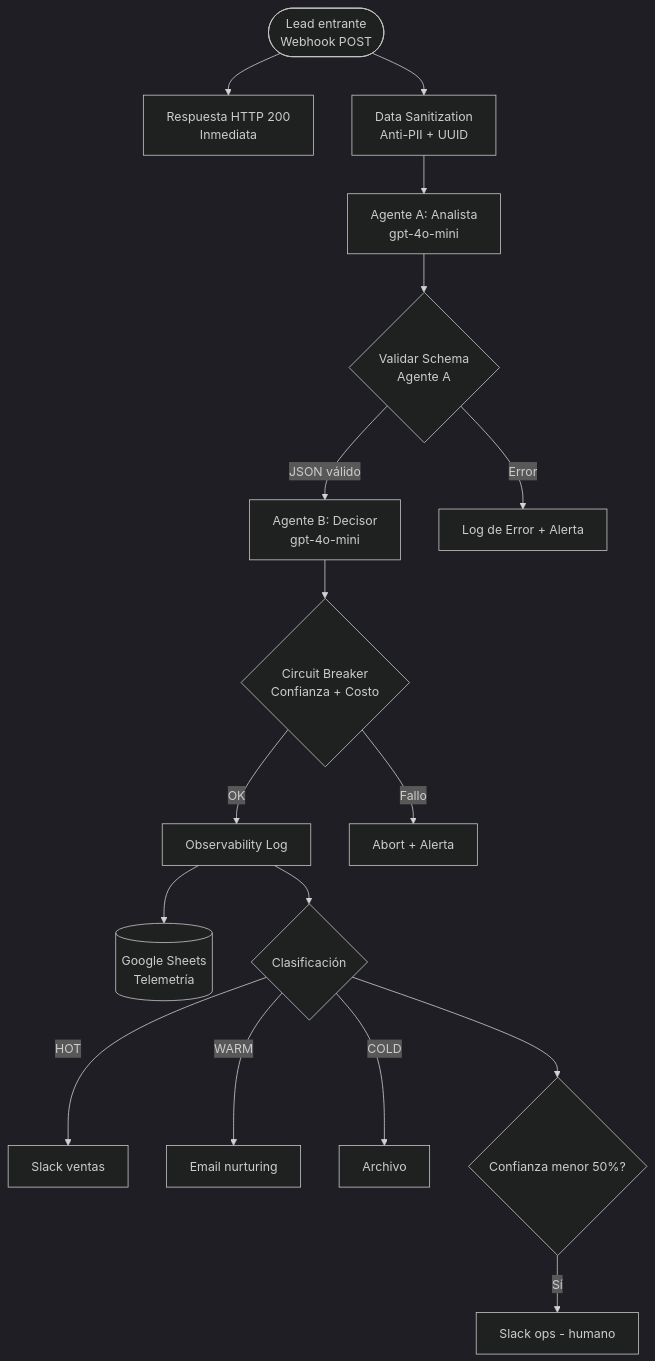
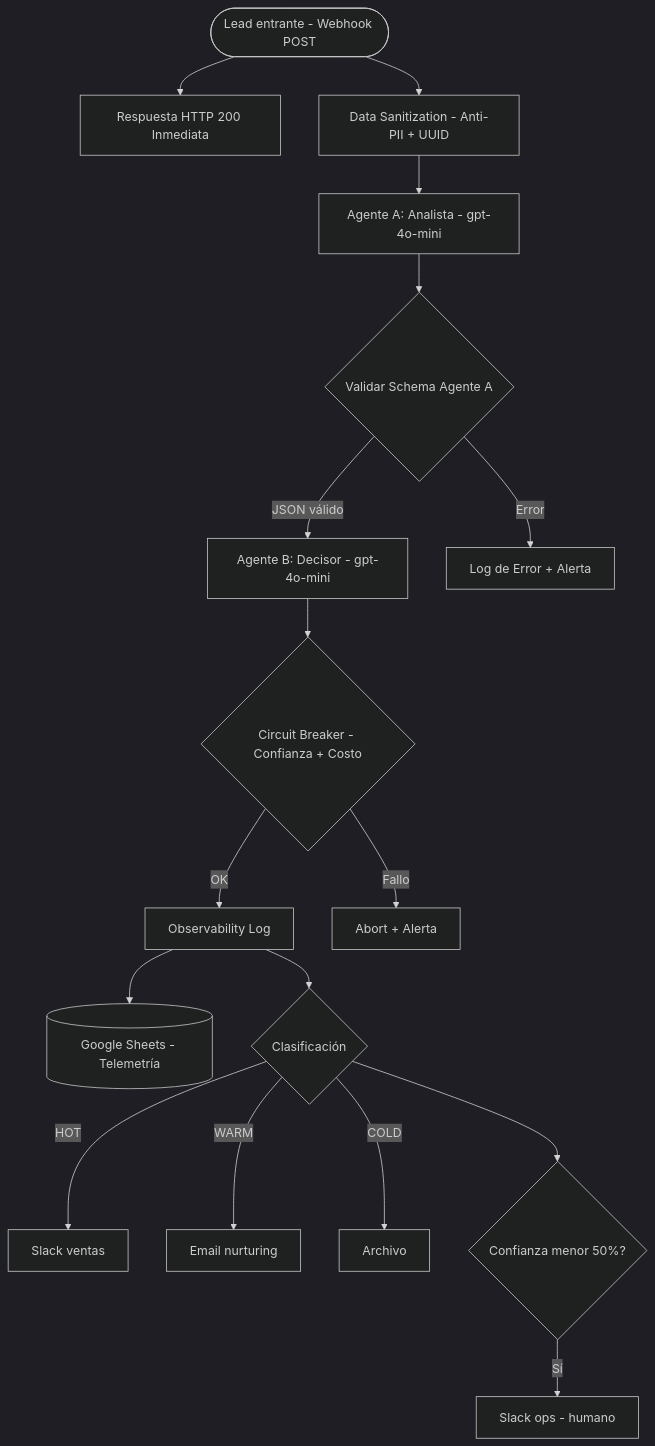
One commit to belenguarnieri/lead-qualification-agent changed the diagram in docs/architecture.md. Above: the diagram before and after it, drawn with Mermaid (dark theme). The commit also changed other lines of this file, not shown here.

````diff
--- a/docs/architecture.md
+++ b/docs/architecture.md
@@ -5,19 +5,19 @@
 ```mermaid
 flowchart TD
-    A([Lead entrante\nWebhook POST]) --> B[Respuesta HTTP 200\nInmediata]
-    A --> C[Data Sanitization\nAnti-PII + UUID]
-    C --> D[Agente A: Analista\ngpt-4o-mini]
-    D --> E{Validar Schema\nAgente A}
-    E -->|JSON válido| F[Agente B: Decisor\ngpt-4o-mini]
+    A([Lead entrante - Webhook POST]) --> B[Respuesta HTTP 200 Inmediata]
+    A --> C[Data Sanitization - Anti-PII + UUID]
+    C --> D[Agente A: Analista - gpt-4o-mini]
+    D --> E{Validar Schema Agente A}
+    E -->|JSON válido| F[Agente B: Decisor - gpt-4o-mini]
     E -->|Error| ERR1[Log de Error + Alerta]
-    F --> G{Circuit Breaker\nConfianza + Costo}
+    F --> G{Circuit Breaker - Confianza + Costo}
     G -->|OK| H[Observability Log]
     G -->|Fallo| ERR2[Abort + Alerta]
-    H --> I[(Google Sheets\nTelemetría)]
+    H --> I[(Google Sheets - Telemetría)]
     H --> J{Clasificación}
     J -->|HOT| K[Slack ventas]
     J -->|WARM| L[Email nurturing]
     J -->|COLD| M[Archivo]
     J --> N{Confianza menor 50%?}
     N -->|Sí| O[Slack ops - humano]
 ```
````
